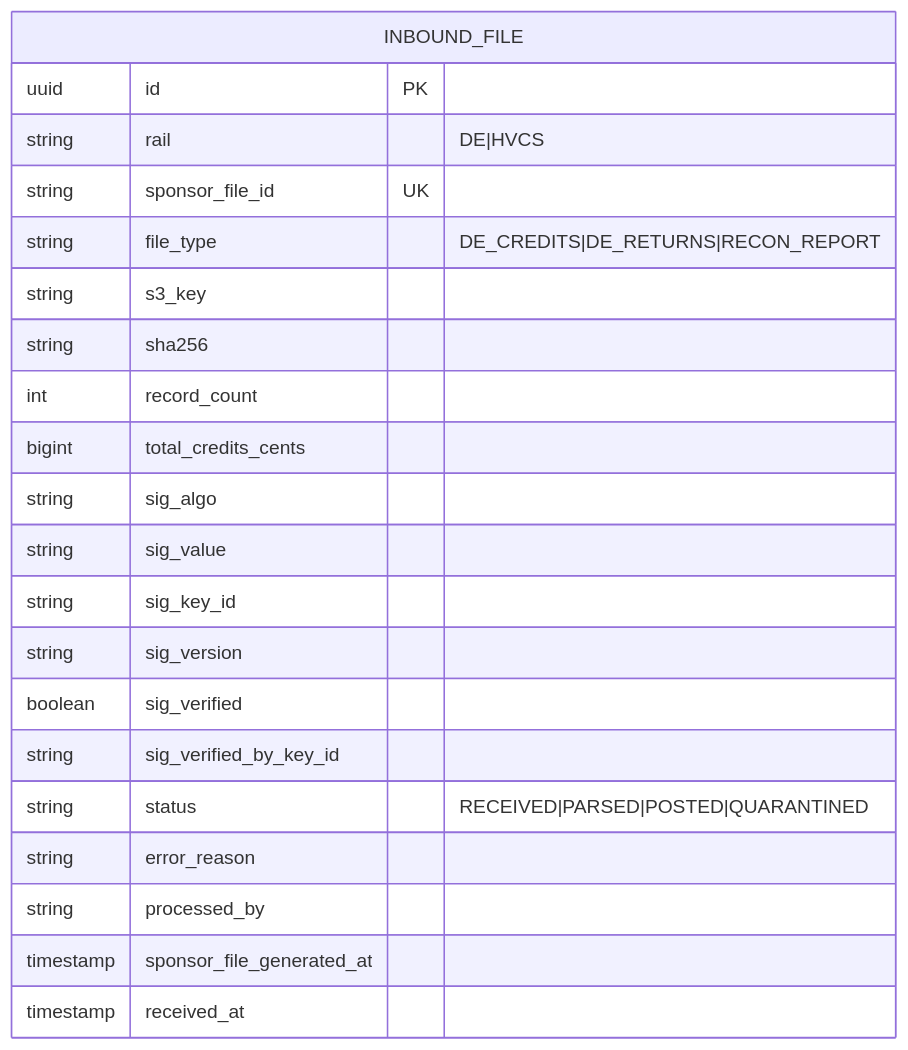
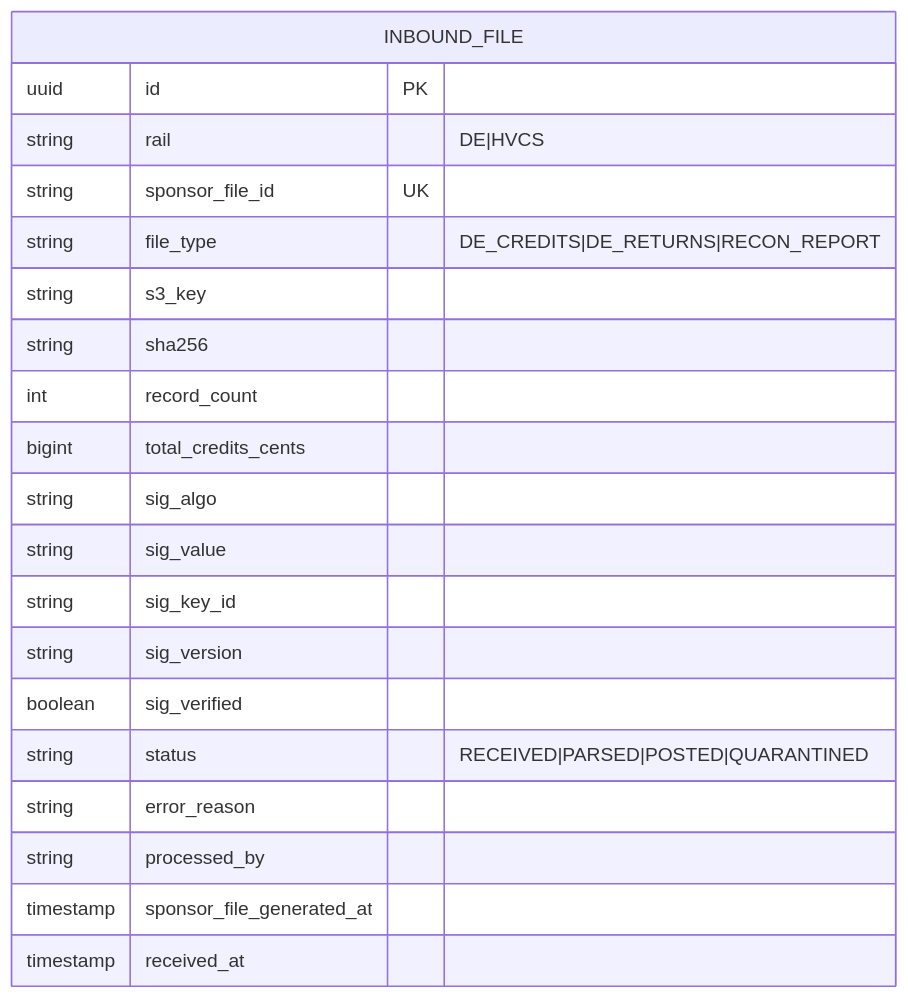
One commit to BaroPhan/velo-arch changed the second of 4 diagrams in docs/10-erd-qa.md. Above: the diagram before and after it, drawn with Mermaid. The commit also changed other lines of this file and 2 other files, not shown here.

Commit message:
docs(erd): apply signature-audit fields to INBOUND_FILE and INBOUND_MESSAGE (drop SPONSOR_SIGNING_KEY + sig_verified_by_key_id; sponsor owns key lifecycle)

````diff
--- a/docs/10-erd-qa.md
+++ b/docs/10-erd-qa.md
@@ -682,24 +674,23 @@
 ```mermaid
 erDiagram
     INBOUND_FILE {
         uuid id PK
         string rail "DE|HVCS"
         string sponsor_file_id UK
         string file_type "DE_CREDITS|DE_RETURNS|RECON_REPORT"
         string s3_key
         string sha256
         int record_count
         bigint total_credits_cents
         string sig_algo
         string sig_value
         string sig_key_id
         string sig_version
         boolean sig_verified
-        string sig_verified_by_key_id
         string status "RECEIVED|PARSED|POSTED|QUARANTINED"
         string error_reason
         string processed_by
         timestamp sponsor_file_generated_at
         timestamp received_at
     }
 ```
````
